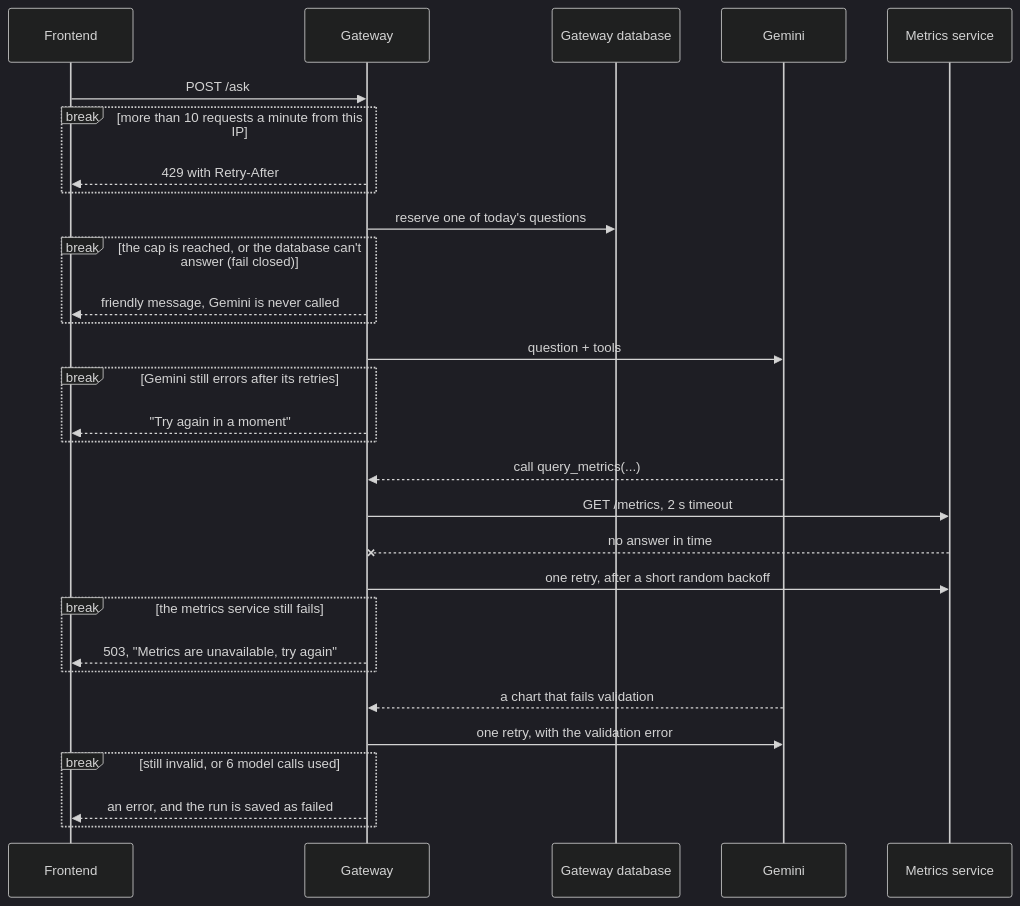
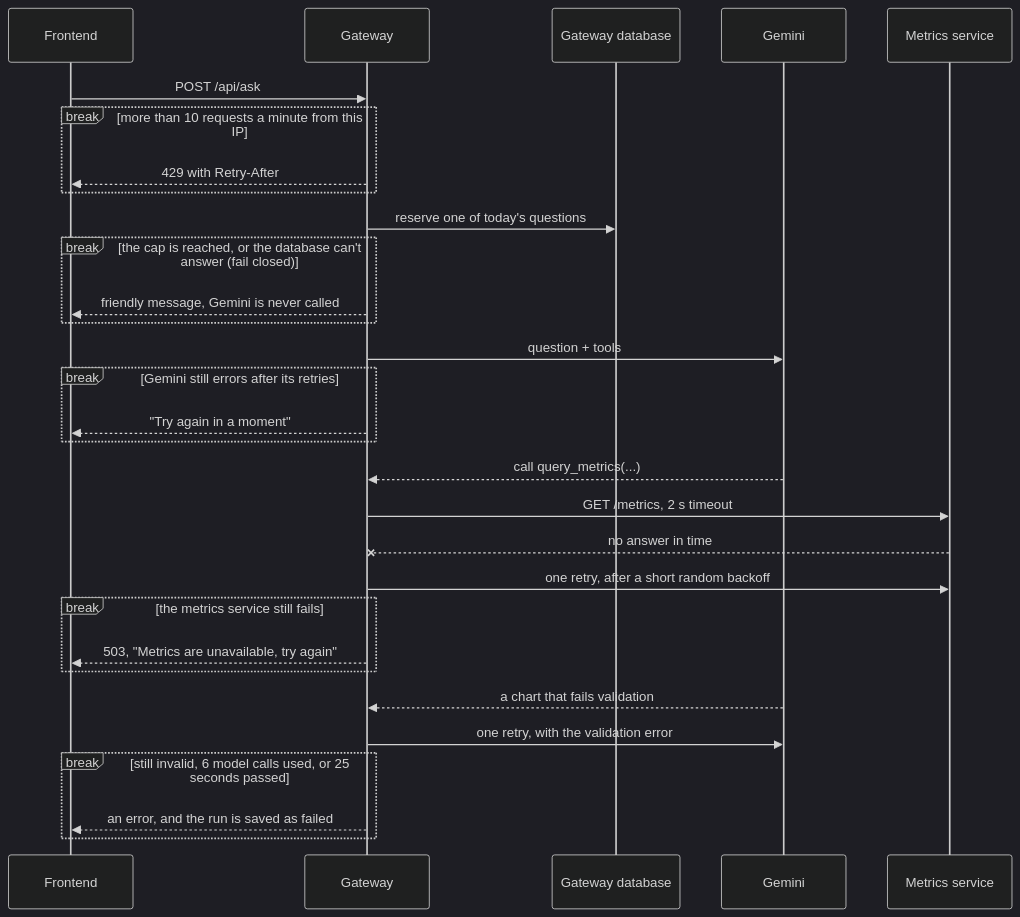
The fourth of 5 diagrams in docs/design.md (vovadyach/dashgen), drawn with Mermaid (dark theme) before and after one commit. The commit also changed other lines of this file and 2 other files, not shown here.

Commit message:
docs: tighten ADR-0003 after review (CloudFront Function as the API switch, timeouts, /api settings, visitor IP)

````diff
--- a/docs/design.md
+++ b/docs/design.md
@@ -205,33 +205,33 @@
 ```mermaid
 sequenceDiagram
     participant F as Frontend
     participant G as Gateway
     participant DB as Gateway database
     participant LLM as Gemini
     participant M as Metrics service
 
-    F->>G: POST /ask
+    F->>G: POST /api/ask
     break more than 10 requests a minute from this IP
         G-->>F: 429 with Retry-After
     end
     G->>DB: reserve one of today's questions
     break the cap is reached, or the database can't answer (fail closed)
         G-->>F: friendly message, Gemini is never called
     end
     G->>LLM: question + tools
     break Gemini still errors after its retries
         G-->>F: "Try again in a moment"
     end
     LLM-->>G: call query_metrics(...)
     G->>M: GET /metrics, 2 s timeout
     M--xG: no answer in time
     G->>M: one retry, after a short random backoff
     break the metrics service still fails
         G-->>F: 503, "Metrics are unavailable, try again"
     end
     LLM-->>G: a chart that fails validation
     G->>LLM: one retry, with the validation error
-    break still invalid, or 6 model calls used
+    break still invalid, 6 model calls used, or 25 seconds passed
         G-->>F: an error, and the run is saved as failed
     end
 ```
````
